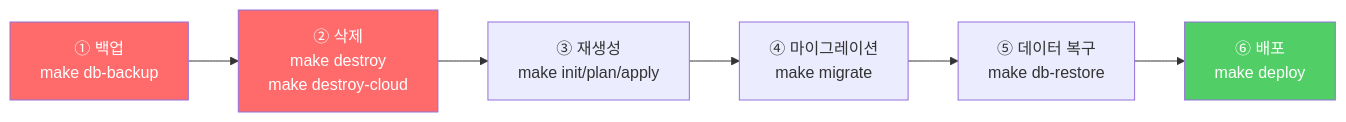
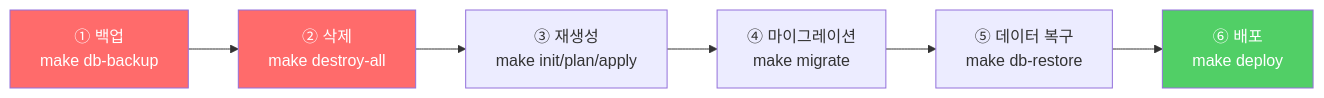
The sixth of 8 diagrams in README.md (deuxksy/PushOver), drawn with Mermaid before and after one commit. The commit also changed other lines of this file, not shown here.

Commit message:
docs: 삭제 절차에 destroy-all 통합 명령어 반영

````diff
--- a/README.md
+++ b/README.md
@@ -195,12 +195,12 @@
 ```mermaid
 flowchart LR
-    A[① 백업<br/>make db-backup] --> B[② 삭제<br/>make destroy<br/>make destroy-cloud]
+    A[① 백업<br/>make db-backup] --> B[② 삭제<br/>make destroy-all]
     B --> C[③ 재생성<br/>make init/plan/apply]
     C --> D[④ 마이그레이션<br/>make migrate]
     D --> E[⑤ 데이터 복구<br/>make db-restore]
     E --> F[⑥ 배포<br/>make deploy]
 
     style A fill:#ff6b6b,color:#fff
     style B fill:#ff6b6b,color:#fff
     style F fill:#51cf66,color:#fff
 ```
````
